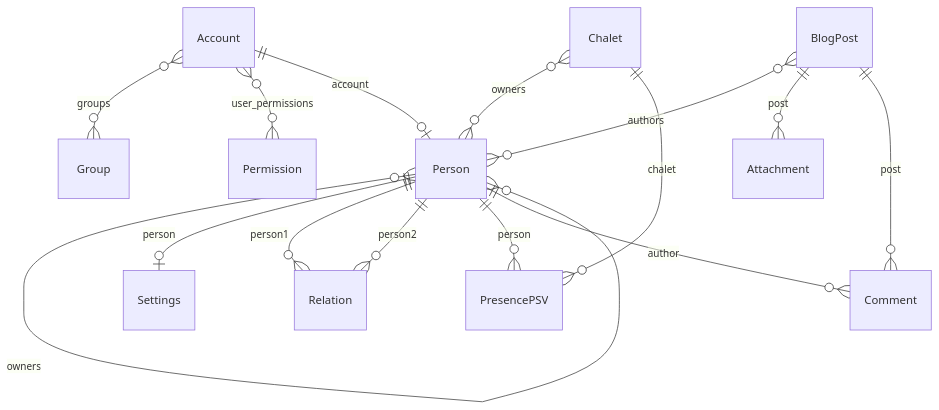
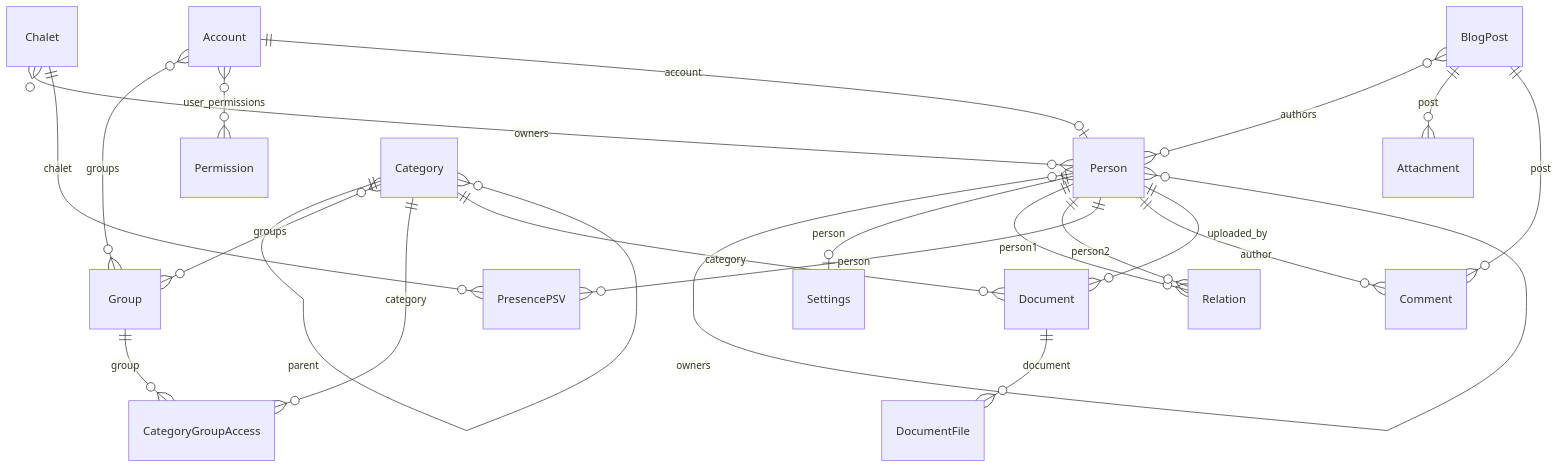
The diagram in docs/data_model.md (reboulip/famille-busson), drawn with Mermaid before and after one commit. The commit also changed other lines of this file and 17 other files, not shown here.

````diff
--- a/docs/data_model.md
+++ b/docs/data_model.md
@@ -8,17 +8,24 @@
 ```mermaid
 erDiagram
     Account }o--o{ Group : "groups"
     Account }o--o{ Permission : "user_permissions"
     Account ||--o| Person : "account"
     Person }o--o{ Person : "owners"
     Person ||--o| Settings : "person"
     Person ||--o{ Relation : "person1"
     Person ||--o{ Relation : "person2"
     Chalet }o--o{ Person : "owners"
     Person ||--o{ PresencePSV : "person"
     Chalet ||--o{ PresencePSV : "chalet"
     BlogPost }o--o{ Person : "authors"
     BlogPost ||--o{ Attachment : "post"
     BlogPost ||--o{ Comment : "post"
     Person ||--o{ Comment : "author"
+    Category ||--o{ Category : "parent"
+    Category }o--o{ Group : "groups"
+    Category ||--o{ CategoryGroupAccess : "category"
+    Group ||--o{ CategoryGroupAccess : "group"
+    Category ||--o{ Document : "category"
+    Person ||--o{ Document : "uploaded_by"
+    Document ||--o{ DocumentFile : "document"
 ```
````
